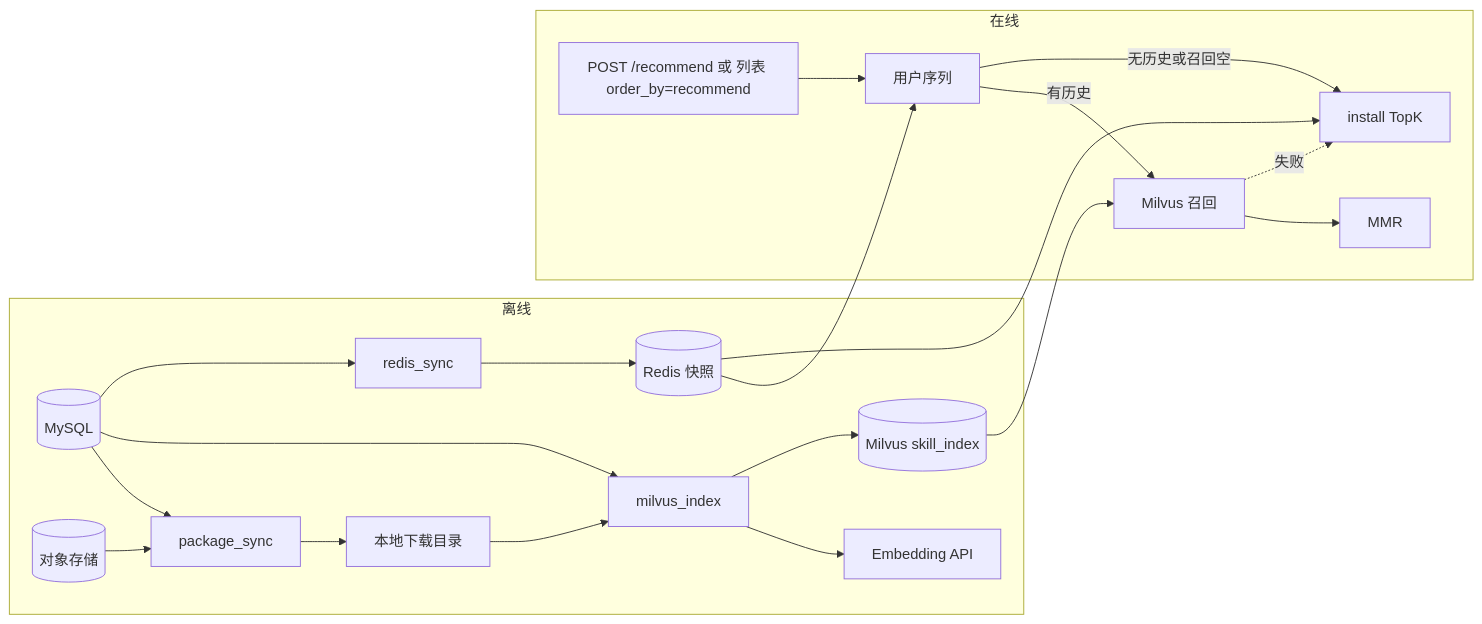
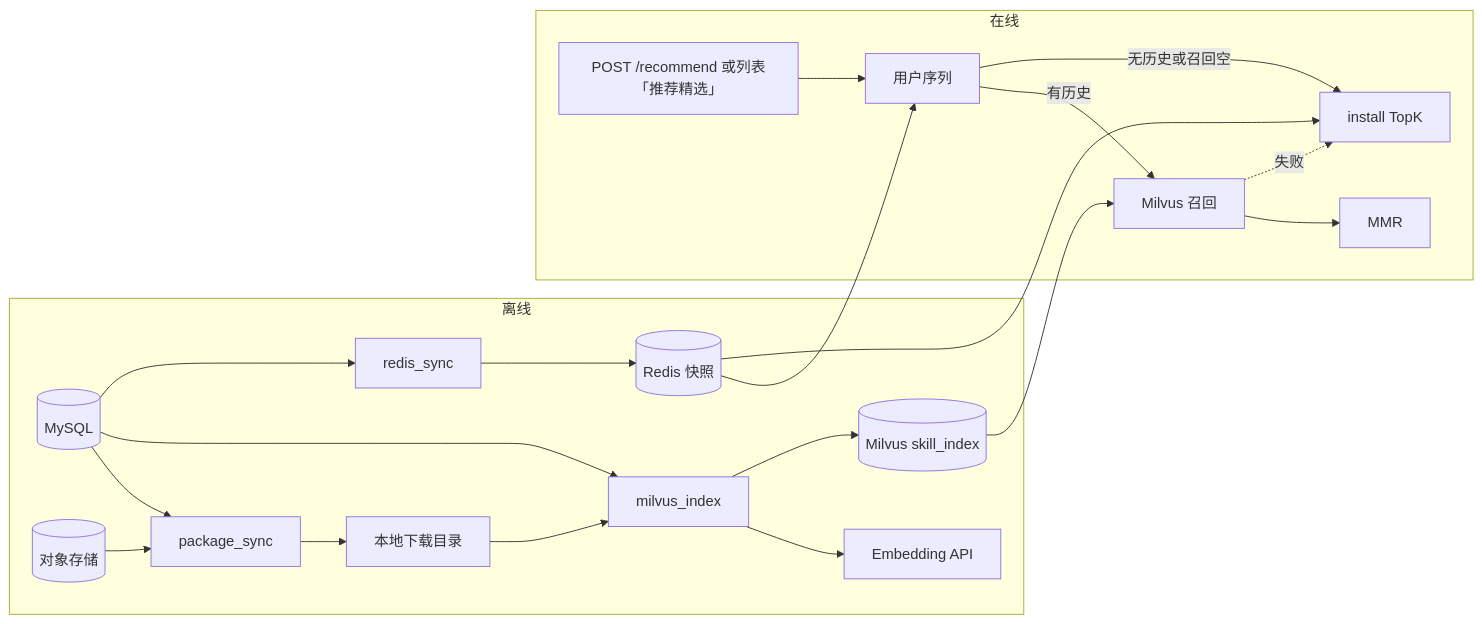
The first of 2 diagrams in docs/zh/5. 开发指南/推荐系统/README.md (huihui200739/skillhub), drawn with Mermaid before and after one commit. The commit also changed other lines of this file and 24 other files, not shown here.

````diff
--- a/docs/zh/5. 开发指南/推荐系统/README.md
+++ b/docs/zh/5. 开发指南/推荐系统/README.md
@@ -36,36 +36,36 @@
 ```mermaid
 flowchart LR
   subgraph offline [离线]
     mysql[(MySQL)]
     s3[(对象存储)]
     zip[本地下载目录]
     emb[Embedding API]
     milvus[(Milvus skill_index)]
     redis[(Redis 快照)]
     mysql --> package_sync
     s3 --> package_sync
     package_sync --> zip
     zip --> milvus_index
     mysql --> milvus_index
     milvus_index --> emb
     milvus_index --> milvus
     mysql --> redis_sync
     redis_sync --> redis
   end
 
   subgraph online [在线]
-    api[POST /recommend 或 列表 order_by=recommend]
+    api[POST /recommend 或列表「推荐精选」]
     hist[用户序列]
     recall[Milvus 召回]
     mmr[MMR]
     topk[install TopK]
     api --> hist
     hist -->|有历史| recall --> mmr
     hist -->|无历史或召回空| topk
     recall -.->|失败| topk
   end
 
   redis --> hist
   redis --> topk
   milvus --> recall
 ```
````
